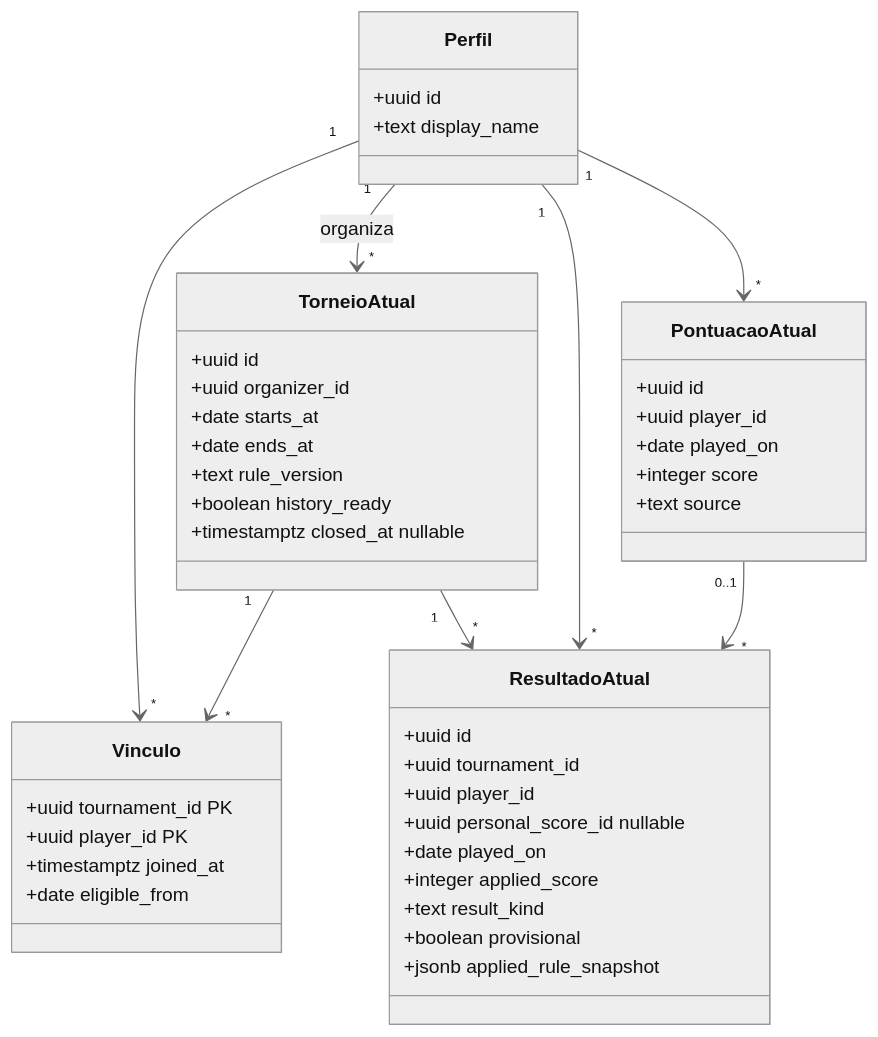
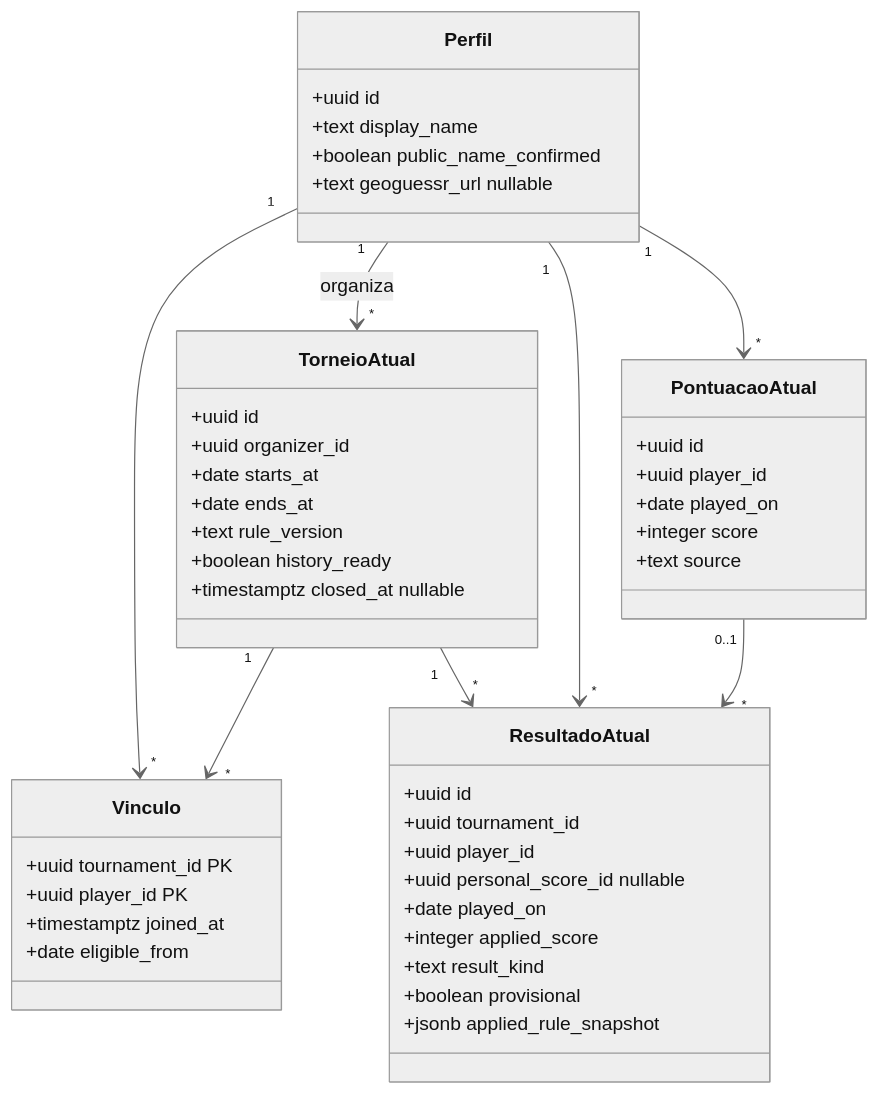
Before and after one commit to martinBernas/Projeto-Integrado: the second of 2 diagrams in docs/diagramas/classes.md, drawn with Mermaid (neutral theme). The commit also changed other lines of this file and 29 other files, not shown here.

````diff
--- a/docs/diagramas/classes.md
+++ b/docs/diagramas/classes.md
@@ -59,47 +59,49 @@
 ```mermaid
 classDiagram
   class Perfil {
     +uuid id
     +text display_name
+    +boolean public_name_confirmed
+    +text geoguessr_url nullable
   }
   class TorneioAtual {
     +uuid id
     +uuid organizer_id
     +date starts_at
     +date ends_at
     +text rule_version
     +boolean history_ready
     +timestamptz closed_at nullable
   }
   class Vinculo {
     +uuid tournament_id PK
     +uuid player_id PK
     +timestamptz joined_at
     +date eligible_from
   }
   class PontuacaoAtual {
     +uuid id
     +uuid player_id
     +date played_on
     +integer score
     +text source
   }
   class ResultadoAtual {
     +uuid id
     +uuid tournament_id
     +uuid player_id
     +uuid personal_score_id nullable
     +date played_on
     +integer applied_score
     +text result_kind
     +boolean provisional
     +jsonb applied_rule_snapshot
   }
   Perfil "1" --> "*" TorneioAtual : organiza
   Perfil "1" --> "*" Vinculo
   TorneioAtual "1" --> "*" Vinculo
   Perfil "1" --> "*" PontuacaoAtual
   TorneioAtual "1" --> "*" ResultadoAtual
   Perfil "1" --> "*" ResultadoAtual
   PontuacaoAtual "0..1" --> "*" ResultadoAtual
 ```
````
